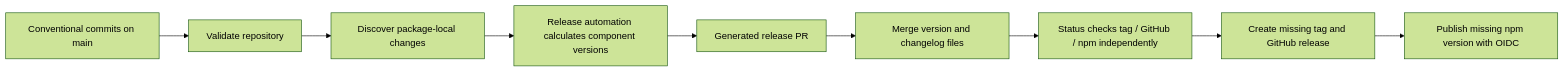
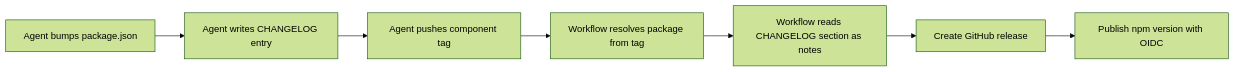
The third of 3 diagrams in docs/architecture.md (zeldrisho/pi-packages), drawn with Mermaid (forest theme) before and after one commit. The commit also changed other lines of this file and 14 other files, not shown here.

First line of the commit message:
refactor(release): simplify to tag-gated, agent-driven releases

````diff
--- a/docs/architecture.md
+++ b/docs/architecture.md
@@ -80,11 +80,9 @@
 ```mermaid
 flowchart LR
-  A[Conventional commits on main] --> B[Validate repository]
-  B --> C[Discover package-local changes]
-  C --> D[Release automation calculates component versions]
-  D --> E[Generated release PR]
-  E --> F[Merge version and changelog files]
-  F --> G[Status checks tag / GitHub / npm independently]
-  G --> H[Create missing tag and GitHub release]
-  H --> I[Publish missing npm version with OIDC]
+  A[Agent bumps package.json] --> B[Agent writes CHANGELOG entry]
+  B --> C[Agent pushes component tag]
+  C --> D[Workflow resolves package from tag]
+  D --> E[Workflow reads CHANGELOG section as notes]
+  E --> F[Create GitHub release]
+  F --> G[Publish npm version with OIDC]
 ```
````
